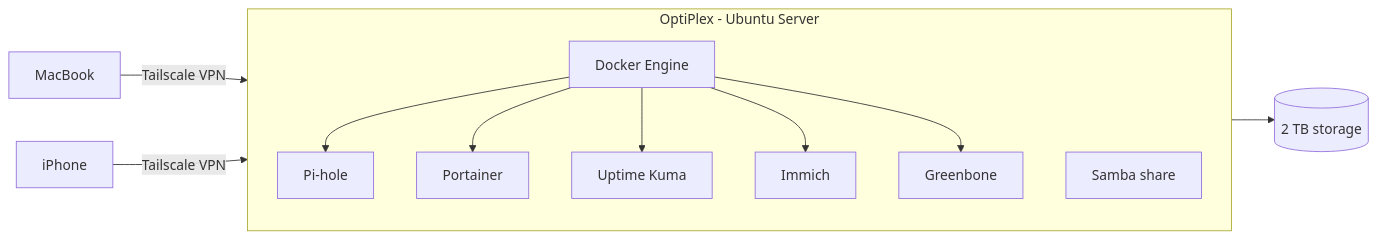
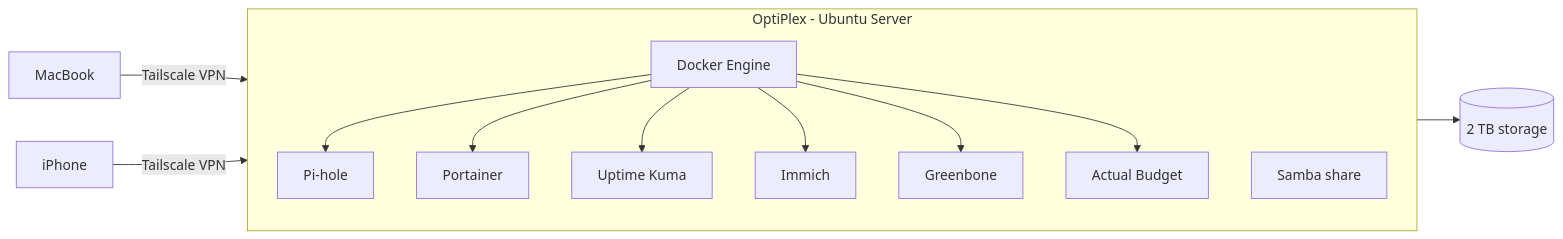
The diagram in README.md (janavsatija/BLCKBX1), drawn with Mermaid before and after one commit. The commit also changed other lines of this file, not shown here.

````diff
--- a/README.md
+++ b/README.md
@@ -31,15 +46,17 @@
 ```mermaid
 flowchart LR
     Mac[MacBook] -- Tailscale VPN --> Lab
     Phone[iPhone] -- Tailscale VPN --> Lab
     subgraph Lab[OptiPlex - Ubuntu Server]
+        direction TB
         Docker[Docker Engine]
         Docker --> Pihole[Pi-hole]
         Docker --> Portainer
         Docker --> Kuma[Uptime Kuma]
         Docker --> Immich
         Docker --> Greenbone
+        Docker --> Actual[Actual Budget]
         Samba[Samba share]
     end
     Lab --> HDD[(2 TB storage)]
 ```
````
